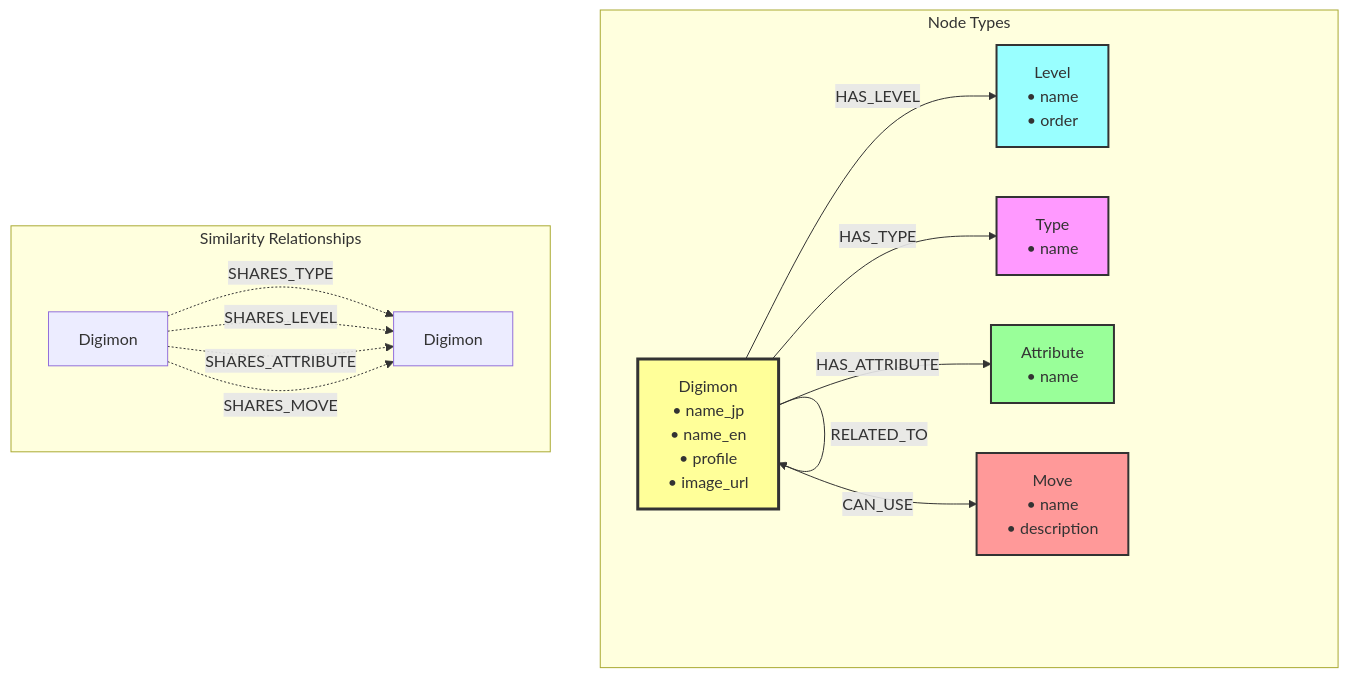
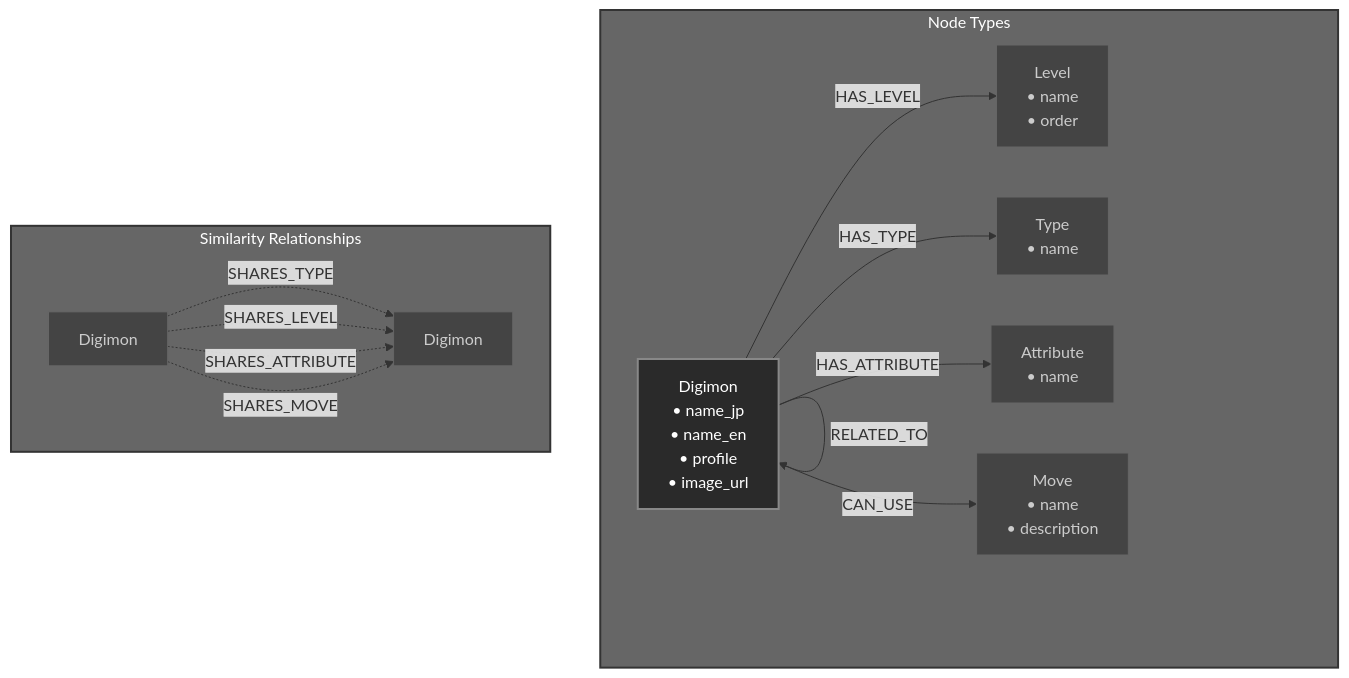
Before and after one commit to Ricoledan/digimon-knowledge-graph: the third of 3 diagrams in README.md, drawn with Mermaid. The commit also changed other lines of this file, not shown here.

Commit message:
add diagrams

````diff
--- a/README.md
+++ b/README.md
@@ -544,29 +551,33 @@
 ```mermaid
 graph TD
-    subgraph "Node Types"
+    subgraph NT["Node Types"]
         D[Digimon<br/>• name_jp<br/>• name_en<br/>• profile<br/>• image_url]
         L[Level<br/>• name<br/>• order]
         T[Type<br/>• name]
         A[Attribute<br/>• name]
         M[Move<br/>• name<br/>• description]
     end
     
     D -->|HAS_LEVEL| L
     D -->|HAS_TYPE| T
     D -->|HAS_ATTRIBUTE| A
     D -->|CAN_USE| M
     D -->|RELATED_TO| D
     
-    subgraph "Similarity Relationships"
+    subgraph SR["Similarity Relationships"]
         D2[Digimon] -.->|SHARES_TYPE| D3[Digimon]
         D2 -.->|SHARES_LEVEL| D3
         D2 -.->|SHARES_ATTRIBUTE| D3
         D2 -.->|SHARES_MOVE| D3
     end
     
-    style D fill:#ff9,stroke:#333,stroke-width:3px
-    style L fill:#9ff,stroke:#333,stroke-width:2px
-    style T fill:#f9f,stroke:#333,stroke-width:2px
-    style A fill:#9f9,stroke:#333,stroke-width:2px
-    style M fill:#f99,stroke:#333,stroke-width:2px
+    style NT fill:#666,stroke:#333,stroke-width:2px,color:#fff
+    style SR fill:#666,stroke:#333,stroke-width:2px,color:#fff
+    style D fill:#2a2a2a,stroke:#888,stroke-width:2px,color:#fff
+    style L fill:#444,stroke:#666,stroke-width:1px,color:#ccc
+    style T fill:#444,stroke:#666,stroke-width:1px,color:#ccc
+    style A fill:#444,stroke:#666,stroke-width:1px,color:#ccc
+    style M fill:#444,stroke:#666,stroke-width:1px,color:#ccc
+    style D2 fill:#444,stroke:#666,stroke-width:1px,color:#ccc
+    style D3 fill:#444,stroke:#666,stroke-width:1px,color:#ccc
 ```
````
